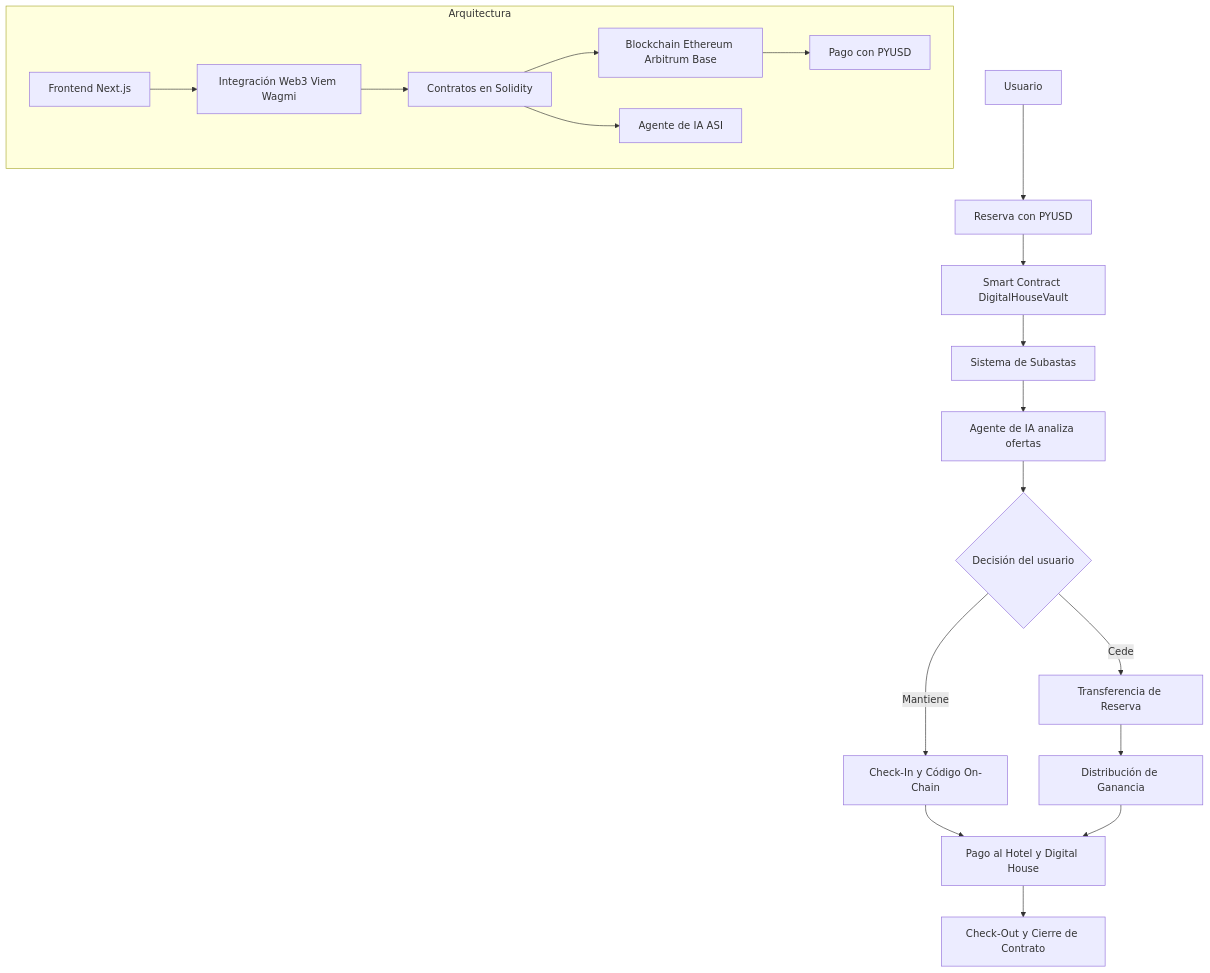
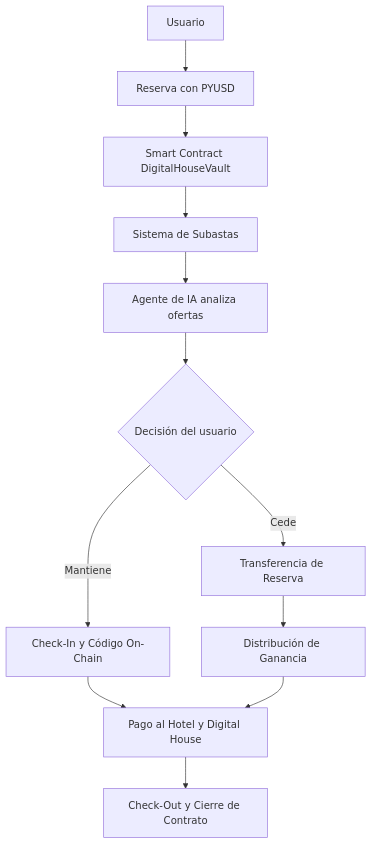
The first of 2 diagrams in README.md (Ekinoxis-evm/digitalhouse), drawn with Mermaid before and after one commit.

````diff
--- a/README.md
+++ b/README.md
@@ -41,24 +41,15 @@
 ```mermaid
 graph TD
 A[Usuario] --> B[Reserva con PYUSD]
 B --> C[Smart Contract DigitalHouseVault]
 C --> D[Sistema de Subastas]
 D --> E[Agente de IA analiza ofertas]
 E --> F{Decisión del usuario}
 F -->|Mantiene| G[Check-In y Código On-Chain]
 F -->|Cede| H[Transferencia de Reserva]
 G --> I[Pago al Hotel y Digital House]
 H --> J[Distribución de Ganancia]
 J --> I
 I --> K[Check-Out y Cierre de Contrato]
 
-%% Arquitectura Técnica Simplificada
-subgraph Arquitectura
-L[Frontend Next.js] --> M[Integración Web3 Viem Wagmi]
-M --> N[Contratos en Solidity]
-N --> O[Blockchain Ethereum Arbitrum Base]
-O --> P[Pago con PYUSD]
-N --> Q[Agente de IA ASI]
-end
-
 ```
````
